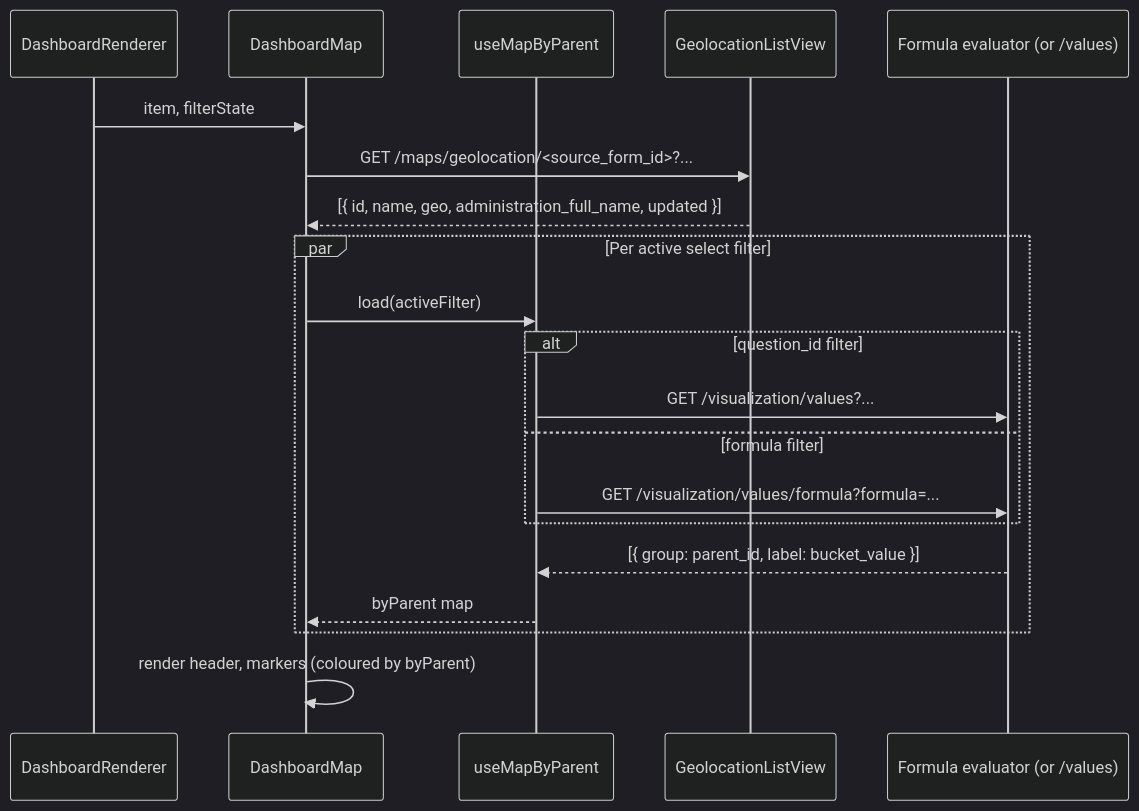
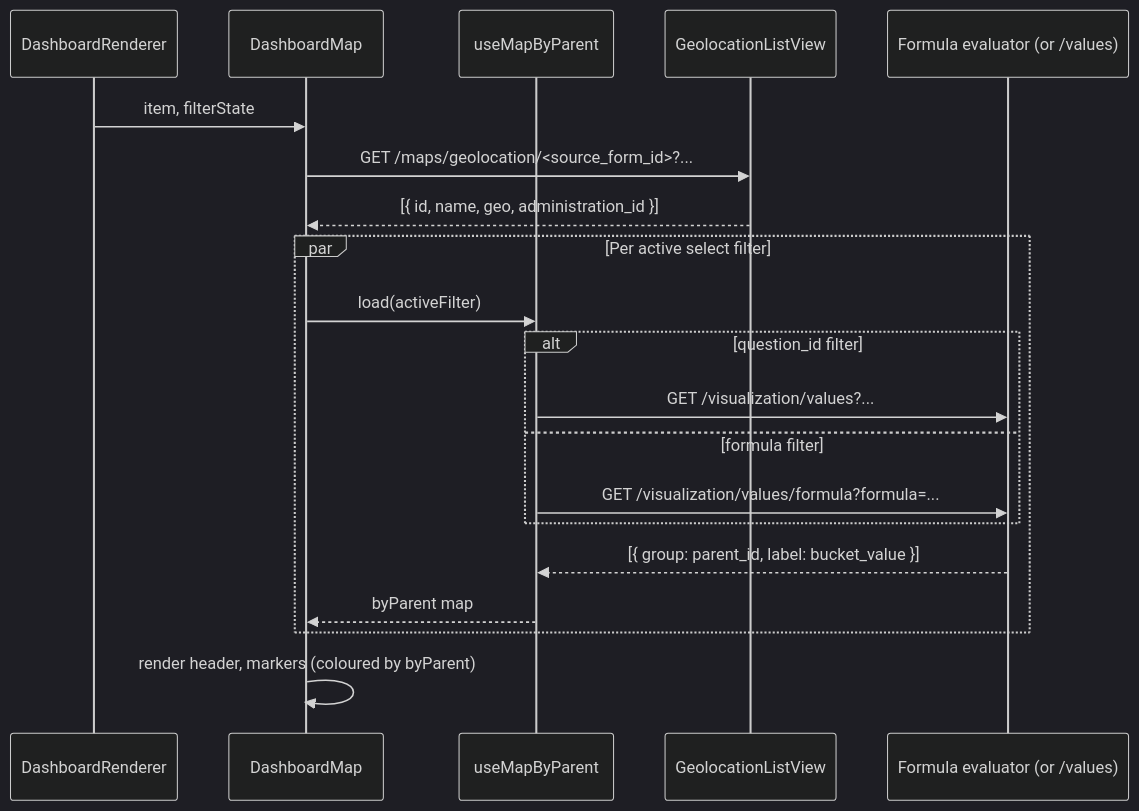
The second of 3 diagrams in doc/claude/filters-dashboard-mapview/design.md (akvo/iwsims), drawn with Mermaid (dark theme) before and after one commit. The commit also changed other lines of this file and 11 other files, not shown here.

First line of the commit message:
[#209] Replace bulk admin_full_name pre-load with on-demand datapoint detail endpoint

````diff
--- a/doc/claude/filters-dashboard-mapview/design.md
+++ b/doc/claude/filters-dashboard-mapview/design.md
@@ -174,22 +174,22 @@
 ```mermaid
 sequenceDiagram
     participant Renderer as DashboardRenderer
     participant Map as DashboardMap
     participant ByParent as useMapByParent
     participant Geo as GeolocationListView
     participant Eval as Formula evaluator (or /values)
     Renderer->>Map: item, filterState
     Map->>Geo: GET /maps/geolocation/<source_form_id>?...
-    Geo-->>Map: [{ id, name, geo, administration_full_name, updated }]
+    Geo-->>Map: [{ id, name, geo, administration_id }]
     par Per active select filter
         Map->>ByParent: load(activeFilter)
         alt question_id filter
             ByParent->>Eval: GET /visualization/values?...
         else formula filter
             ByParent->>Eval: GET /visualization/values/formula?formula=...
         end
         Eval-->>ByParent: [{ group: parent_id, label: bucket_value }]
         ByParent-->>Map: byParent map
     end
     Map->>Map: render header, markers (coloured by byParent)
 ```
````
